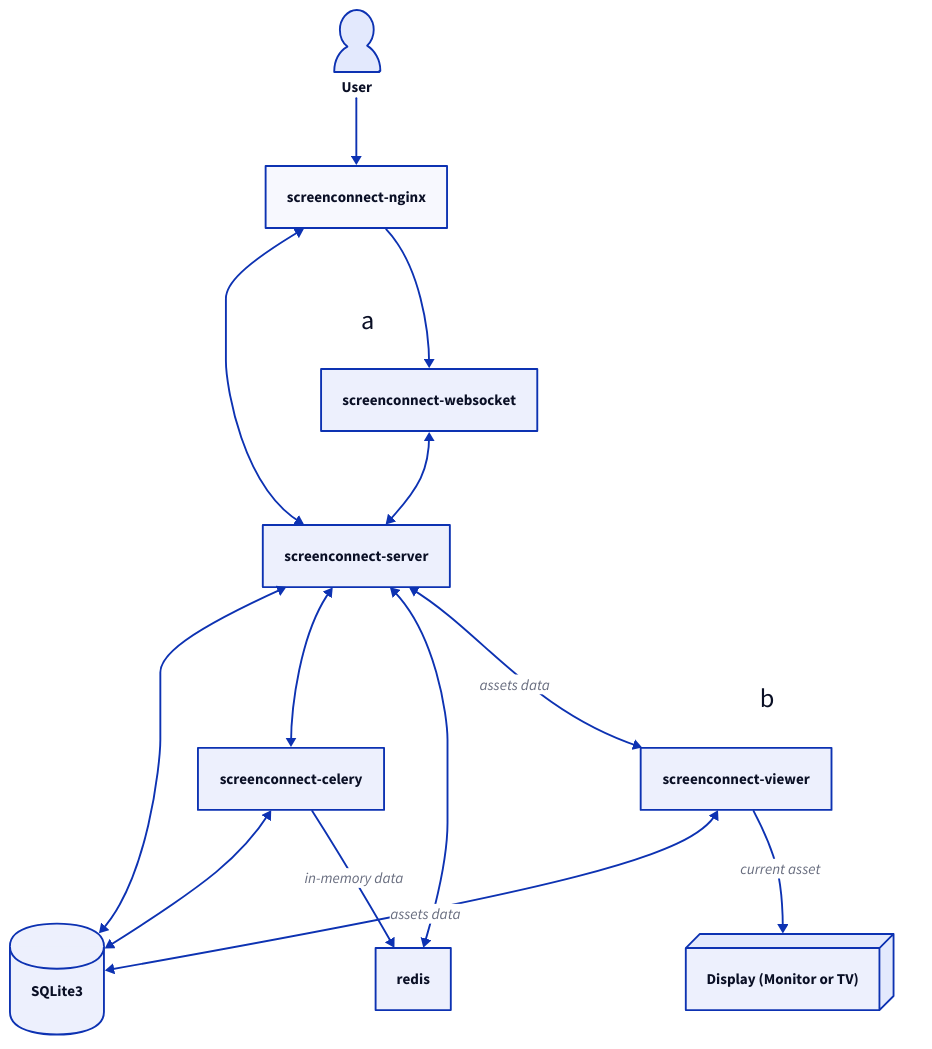
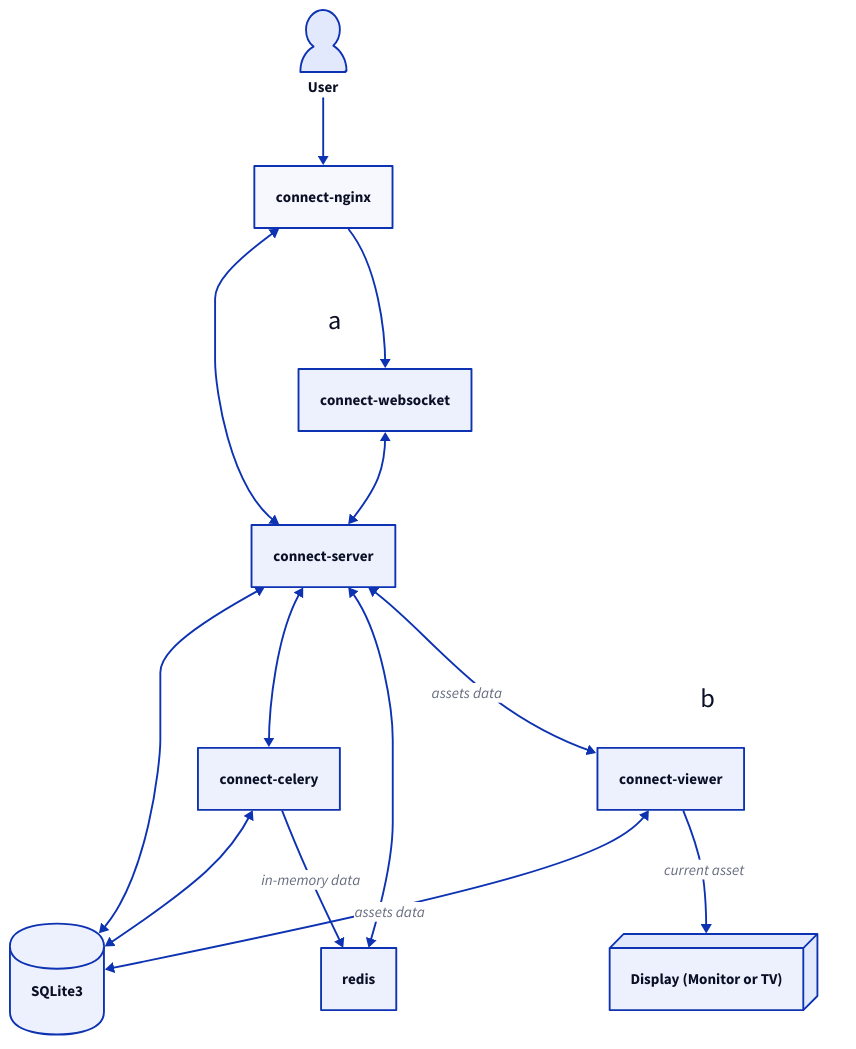
Before and after one commit to Copper-Clock/Screenconnect: the diagram in docs/d2/screenconnect-diagram-overview.d2, drawn with D2. The commit also changed 33 other files, not shown here.

```diff
--- a/docs/d2/screenconnect-diagram-overview.d2
+++ b/docs/d2/screenconnect-diagram-overview.d2
@@ -1,55 +1,55 @@
 direction: down
 
 classes: {
   containers: {
     shape: rectangle
   }
 }
 
 user: "User" {
   shape: person
 }
 
 database: "SQLite3" {
   shape: cylinder
 }
 
 a {
   label: null
   style.fill: transparent
   style.stroke: transparent
 }
 
 b {
   label: null
   style.fill: transparent
   style.stroke: transparent
 }
 
 b.display: "Display (Monitor or TV)" {
   style.3d: true
 }
 
-screenconnect-nginx.class: containers
-b.screenconnect-viewer.class: containers
-a.screenconnect-server.class: containers
-a.screenconnect-websocket.class: containers
-a.screenconnect-celery.class: containers
+connect-nginx.class: containers
+b.connect-viewer.class: containers
+a.connect-server.class: containers
+a.connect-websocket.class: containers
+a.connect-celery.class: containers
 a.redis.class: containers
 
-user -> screenconnect-nginx
-screenconnect-nginx <-> a.screenconnect-server
-screenconnect-nginx -> a.screenconnect-websocket
+user -> connect-nginx
+connect-nginx <-> a.connect-server
+connect-nginx -> a.connect-websocket
 
-a.screenconnect-server <-> a.screenconnect-celery
-a.screenconnect-websocket <-> a.screenconnect-server
-a.screenconnect-celery -> a.redis: "in-memory data"
-a.redis <-> a.screenconnect-server
+a.connect-server <-> a.connect-celery
+a.connect-websocket <-> a.connect-server
+a.connect-celery -> a.redis: "in-memory data"
+a.redis <-> a.connect-server
 
-b.screenconnect-viewer <-> database: "assets data"
+b.connect-viewer <-> database: "assets data"
 
-a.screenconnect-server <-> b.screenconnect-viewer: "assets data"
-a.screenconnect-server <-> database
-a.screenconnect-celery <-> database
+a.connect-server <-> b.connect-viewer: "assets data"
+a.connect-server <-> database
+a.connect-celery <-> database
 
-b.screenconnect-viewer -> b.display: "current asset"
+b.connect-viewer -> b.display: "current asset"
```
